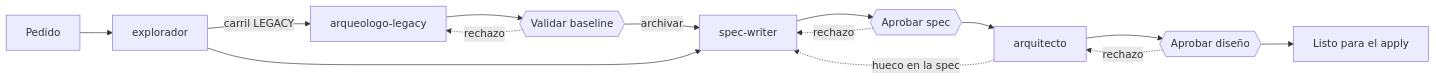
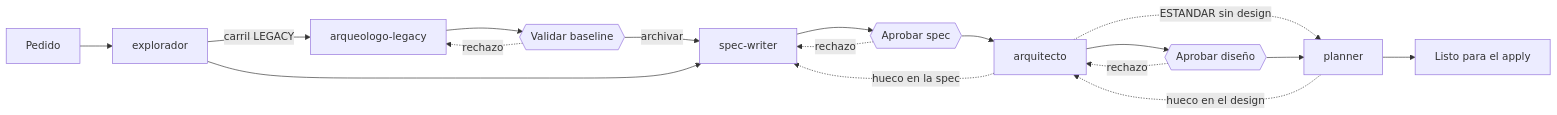
The diagram in README.md (Julian4Sagant/prueba-subagentes), drawn with Mermaid before and after one commit. The commit also changed other lines of this file and 7 other files, not shown here.

First line of the commit message:
Planner para tasks.md y ajustes de la corrida ESTANDAR

````diff
--- a/README.md
+++ b/README.md
@@ -16,16 +17,19 @@
 ```mermaid
 flowchart LR
     P[Pedido] --> E[explorador]
     E -->|carril LEGACY| A[arqueologo-legacy]
     A --> G0{{Validar baseline}}
     G0 -->|archivar| S
     E --> S[spec-writer]
     S --> G1{{Aprobar spec}}
     G1 --> R[arquitecto]
     R -.->|hueco en la spec| S
     R --> G2{{Aprobar diseño}}
-    G2 --> F[Listo para el apply]
+    R -.->|ESTANDAR sin design| PL
+    G2 --> PL[planner]
+    PL -.->|hueco en el design| R
+    PL --> F[Listo para el apply]
     G1 -.->|rechazo| S
     G2 -.->|rechazo| R
     G0 -.->|rechazo| A
 ```
````
